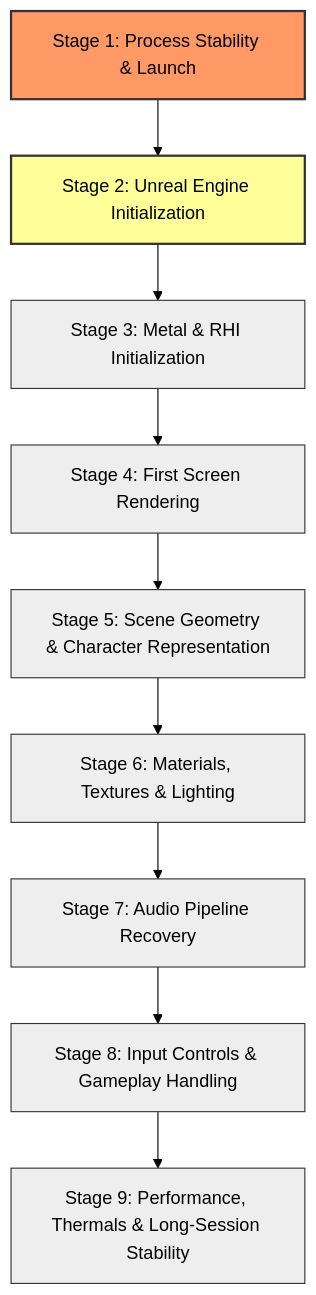
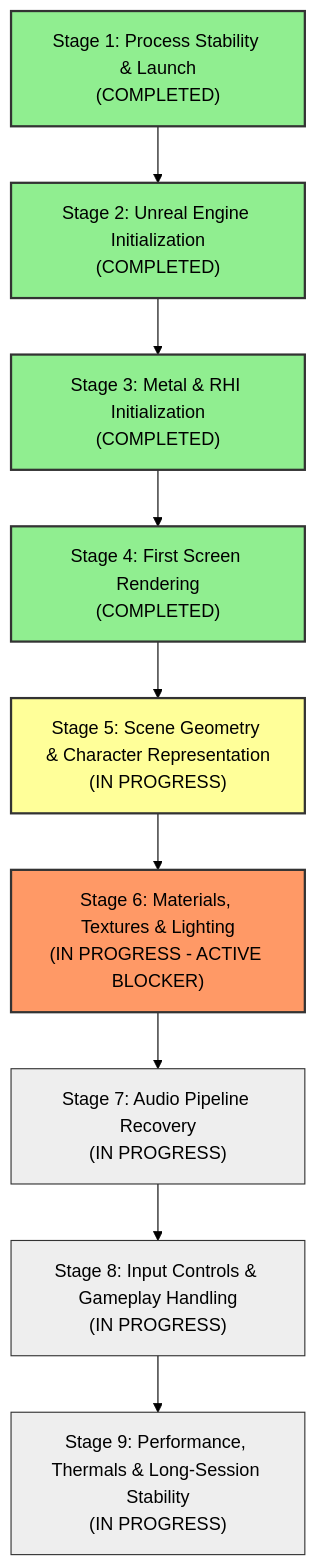
One commit to ju4nm8/stray-on-ios-research changed the diagram in ROADMAP.md. Above: the diagram before and after it, drawn with Mermaid (forest theme). The commit also changed other lines of this file and 19 other files, not shown here.

First line of the commit message:
feat(shims,ci,community): sync Tests 34-41, Metal SM5 rendering, cat shading forensics & CI/CD workflows

````diff
--- a/ROADMAP.md
+++ b/ROADMAP.md
@@ -11,21 +11,21 @@
 ```mermaid
 flowchart TD
-    S1["Stage 1: Process Stability & Launch"] --> S2["Stage 2: Unreal Engine Initialization"]
-    S2 --> S3["Stage 3: Metal & RHI Initialization"]
-    S3 --> S4["Stage 4: First Screen Rendering"]
-    S4 --> S5["Stage 5: Scene Geometry & Character Representation"]
-    S5 --> S6["Stage 6: Materials, Textures & Lighting"]
-    S6 --> S7["Stage 7: Audio Pipeline Recovery"]
-    S7 --> S8["Stage 8: Input Controls & Gameplay Handling"]
-    S8 --> S9["Stage 9: Performance, Thermals & Long-Session Stability"]
+    S1["Stage 1: Process Stability & Launch<br/>(COMPLETED)"] --> S2["Stage 2: Unreal Engine Initialization<br/>(COMPLETED)"]
+    S2 --> S3["Stage 3: Metal & RHI Initialization<br/>(COMPLETED)"]
+    S3 --> S4["Stage 4: First Screen Rendering<br/>(COMPLETED)"]
+    S4 --> S5["Stage 5: Scene Geometry & Character Representation<br/>(IN PROGRESS)"]
+    S5 --> S6["Stage 6: Materials, Textures & Lighting<br/>(IN PROGRESS - ACTIVE BLOCKER)"]
+    S6 --> S7["Stage 7: Audio Pipeline Recovery<br/>(IN PROGRESS)"]
+    S7 --> S8["Stage 8: Input Controls & Gameplay Handling<br/>(IN PROGRESS)"]
+    S8 --> S9["Stage 9: Performance, Thermals & Long-Session Stability<br/>(IN PROGRESS)"]
     
-    style S1 fill:#f96,stroke:#333,stroke-width:2px
-    style S2 fill:#ff9,stroke:#333,stroke-width:2px
-    style S3 fill:#eee,stroke:#333
-    style S4 fill:#eee,stroke:#333
-    style S5 fill:#eee,stroke:#333
-    style S6 fill:#eee,stroke:#333
+    style S1 fill:#90EE90,stroke:#333,stroke-width:2px
+    style S2 fill:#90EE90,stroke:#333,stroke-width:2px
+    style S3 fill:#90EE90,stroke:#333,stroke-width:2px
+    style S4 fill:#90EE90,stroke:#333,stroke-width:2px
+    style S5 fill:#ff9,stroke:#333,stroke-width:2px
+    style S6 fill:#f96,stroke:#333,stroke-width:2px
     style S7 fill:#eee,stroke:#333
     style S8 fill:#eee,stroke:#333
     style S9 fill:#eee,stroke:#333
 ```
````
